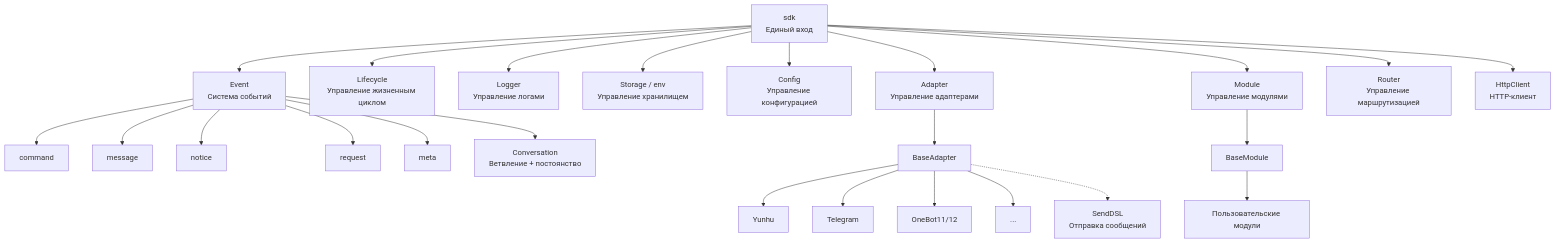
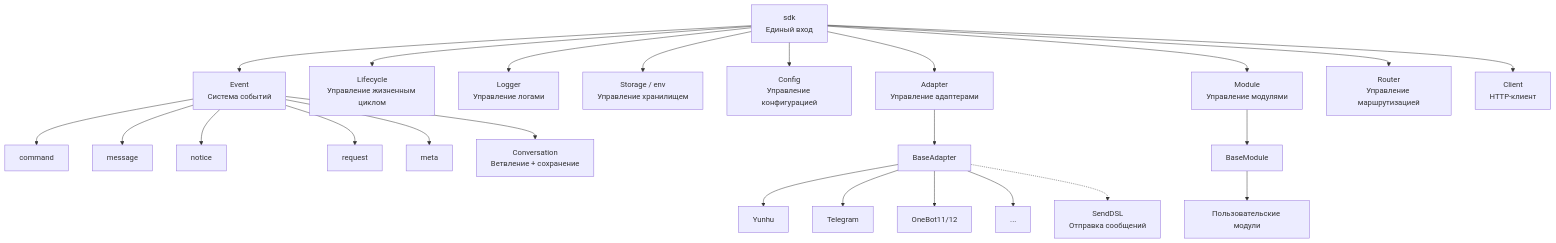
The first of 9 diagrams in docs/ru/architecture.md (ErisPulse/ErisPulse), drawn with Mermaid before and after one commit. The commit also changed other lines of this file and 31 other files, not shown here.

````diff
--- a/docs/ru/architecture.md
+++ b/docs/ru/architecture.md
@@ -13,31 +13,31 @@
 ```mermaid
 graph TB
     SDK["sdk<br/>Единый вход"]
 
     SDK --> Event["Event<br/>Система событий"]
     SDK --> Lifecycle["Lifecycle<br/>Управление жизненным циклом"]
     SDK --> Logger["Logger<br/>Управление логами"]
     SDK --> Storage["Storage / env<br/>Управление хранилищем"]
     SDK --> Config["Config<br/>Управление конфигурацией"]
     SDK --> AdapterMgr["Adapter<br/>Управление адаптерами"]
     SDK --> ModuleMgr["Module<br/>Управление модулями"]
     SDK --> Router["Router<br/>Управление маршрутизацией"]
-    SDK --> Client["HttpClient<br/>HTTP-клиент"]
+    SDK --> Client["Client<br/>HTTP-клиент"]
     Event --> Command["command"]
     Event --> Message["message"]
     Event --> Notice["notice"]
     Event --> Request["request"]
     Event --> Meta["meta"]
-    Event --> Conversation["Conversation<br/>Ветвление + постоянство"]
+    Event --> Conversation["Conversation<br/>Ветвление + сохранение"]
 
     AdapterMgr --> BaseAdapter["BaseAdapter"]
     BaseAdapter --> P1["Yunhu"]
     BaseAdapter --> P2["Telegram"]
     BaseAdapter --> P3["OneBot11/12"]
     BaseAdapter --> PN["..."]
 
     ModuleMgr --> BaseModule["BaseModule"]
     BaseModule --> CM["Пользовательские модули"]
 
     BaseAdapter -.-> SendDSL["SendDSL<br/>Отправка сообщений"]
 ```
````
